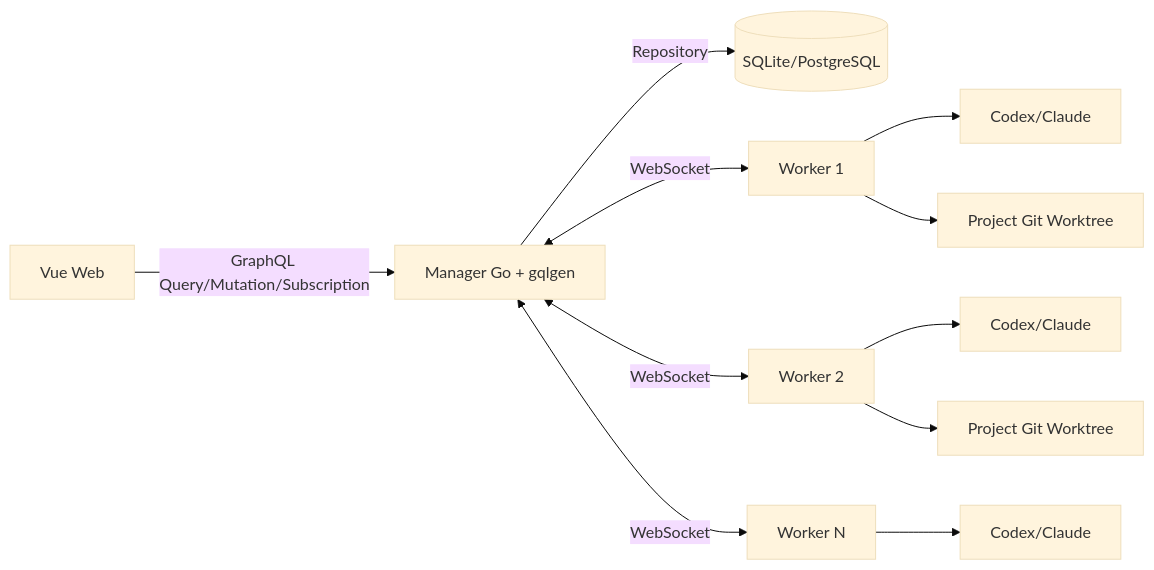
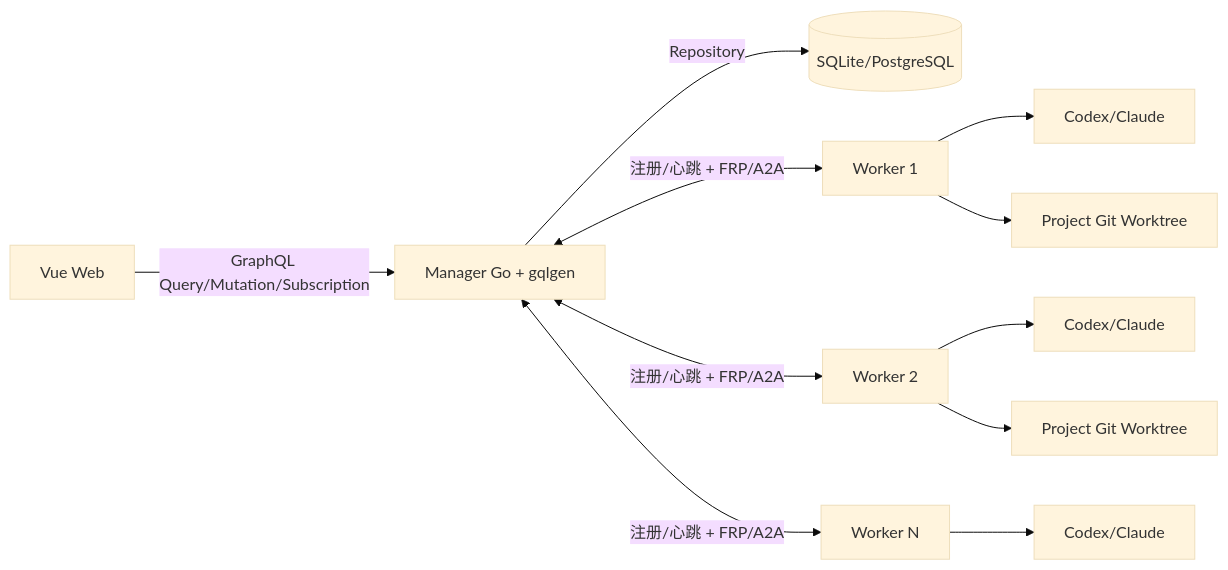
The fourth of 7 diagrams in docs/system-design.md (tangxusc/block-play-table), drawn with Mermaid (base theme) before and after one commit. The commit also changed other lines of this file and 214 other files, not shown here.

````diff
--- a/docs/system-design.md
+++ b/docs/system-design.md
@@ -816,13 +816,13 @@
 ```mermaid
 flowchart LR
     UI[Vue Web] -->|GraphQL Query/Mutation/Subscription| M[Manager Go + gqlgen]
     M -->|Repository| DB[(SQLite/PostgreSQL)]
-    M <-->|WebSocket| W1[Worker 1]
-    M <-->|WebSocket| W2[Worker 2]
-    M <-->|WebSocket| WN[Worker N]
+    M <-->|注册/心跳 + FRP/A2A| W1[Worker 1]
+    M <-->|注册/心跳 + FRP/A2A| W2[Worker 2]
+    M <-->|注册/心跳 + FRP/A2A| WN[Worker N]
     W1 --> A1[Codex/Claude]
     W2 --> A2[Codex/Claude]
     WN --> AN[Codex/Claude]
     W1 --> FS1[Project Git Worktree]
     W2 --> FS2[Project Git Worktree]
 ```
````
